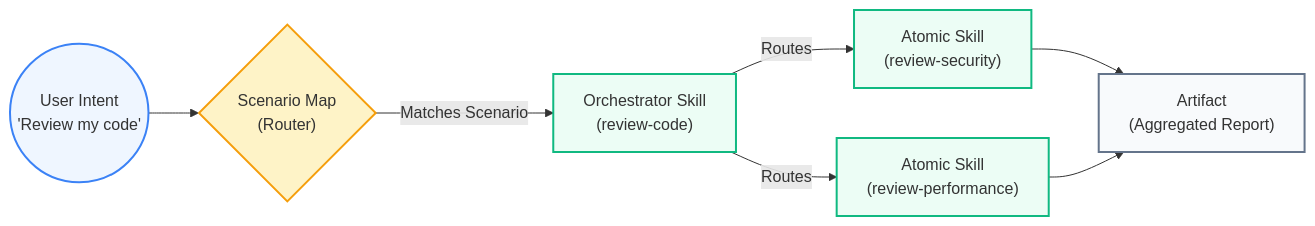
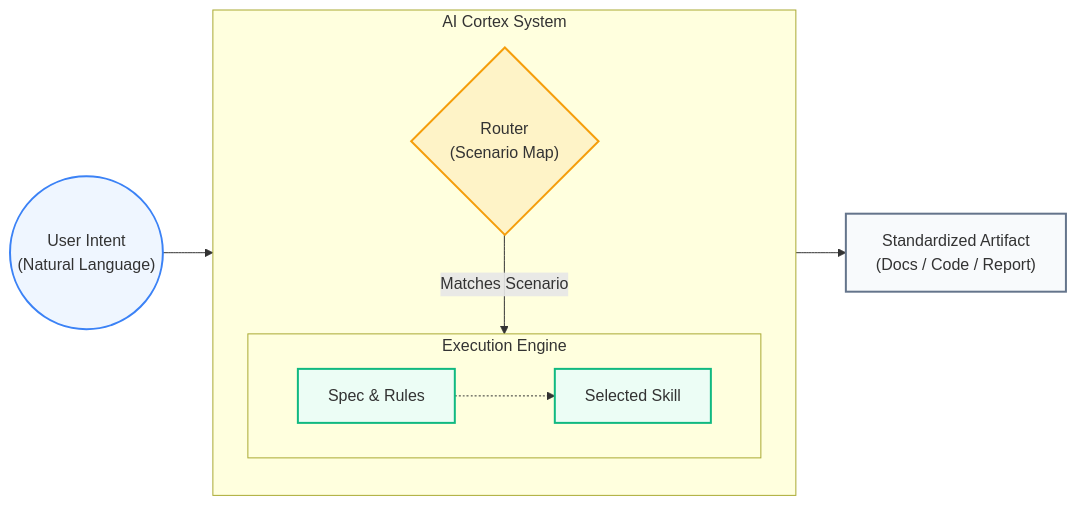
One commit to nesnilnehc/ai-cortex changed the first of 2 diagrams in README.md. Above: the diagram before and after it, drawn with Mermaid. The commit also changed 1 other file, not shown here.

Commit message:
docs(readme): generalize workflow diagram to show universal mechanism instead of specific skill

````diff
--- a/README.md
+++ b/README.md
@@ -12,23 +12,28 @@
 ```mermaid
 flowchart LR
     %% Style Definitions
     classDef user fill:#eff6ff,stroke:#3b82f6,stroke-width:2px;
-    classDef router fill:#fef3c7,stroke:#f59e0b,stroke-width:2px;
-    classDef skill fill:#ecfdf5,stroke:#10b981,stroke-width:2px;
-    classDef artifact fill:#f8fafc,stroke:#64748b,stroke-width:2px;
+    classDef system fill:#fef3c7,stroke:#f59e0b,stroke-width:2px;
+    classDef core fill:#ecfdf5,stroke:#10b981,stroke-width:2px;
+    classDef out fill:#f8fafc,stroke:#64748b,stroke-width:2px;
 
     %% Nodes
-    User(("User Intent<br/>'Review my code'")):::user
-    Router{"Scenario Map<br/>(Router)"}:::router
-    Orchestrator["Orchestrator Skill<br/>(review-code)"]:::skill
-    Atomic1["Atomic Skill<br/>(review-security)"]:::skill
-    Atomic2["Atomic Skill<br/>(review-performance)"]:::skill
-    Report["Artifact<br/>(Aggregated Report)"]:::artifact
+    Intent(("User Intent<br/>(Natural Language)")):::user
+    
+    subgraph Cortex [AI Cortex System]
+        direction TB
+        Router{"Router<br/>(Scenario Map)"}:::system
+        
+        subgraph Execution [Execution Engine]
+            direction LR
+            Spec[Spec & Rules]:::core -.-> Skill[Selected Skill]:::core
+        end
+    end
 
-    %% Connections
-    User --> Router
-    Router -- Matches Scenario --> Orchestrator
-    Orchestrator -- Routes --> Atomic1
-    Orchestrator -- Routes --> Atomic2
-    Atomic1 & Atomic2 --> Report
+    Artifact["Standardized Artifact<br/>(Docs / Code / Report)"]:::out
+
+    %% Flow
+    Intent --> Router
+    Router -- Matches Scenario --> Skill
+    Skill --> Artifact
 ```
````
